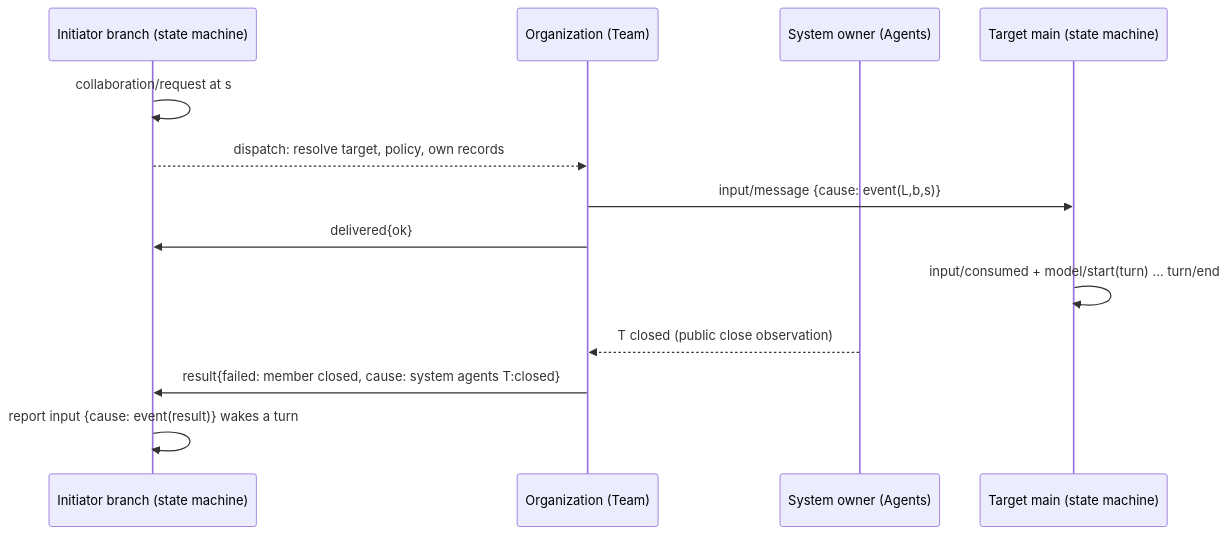
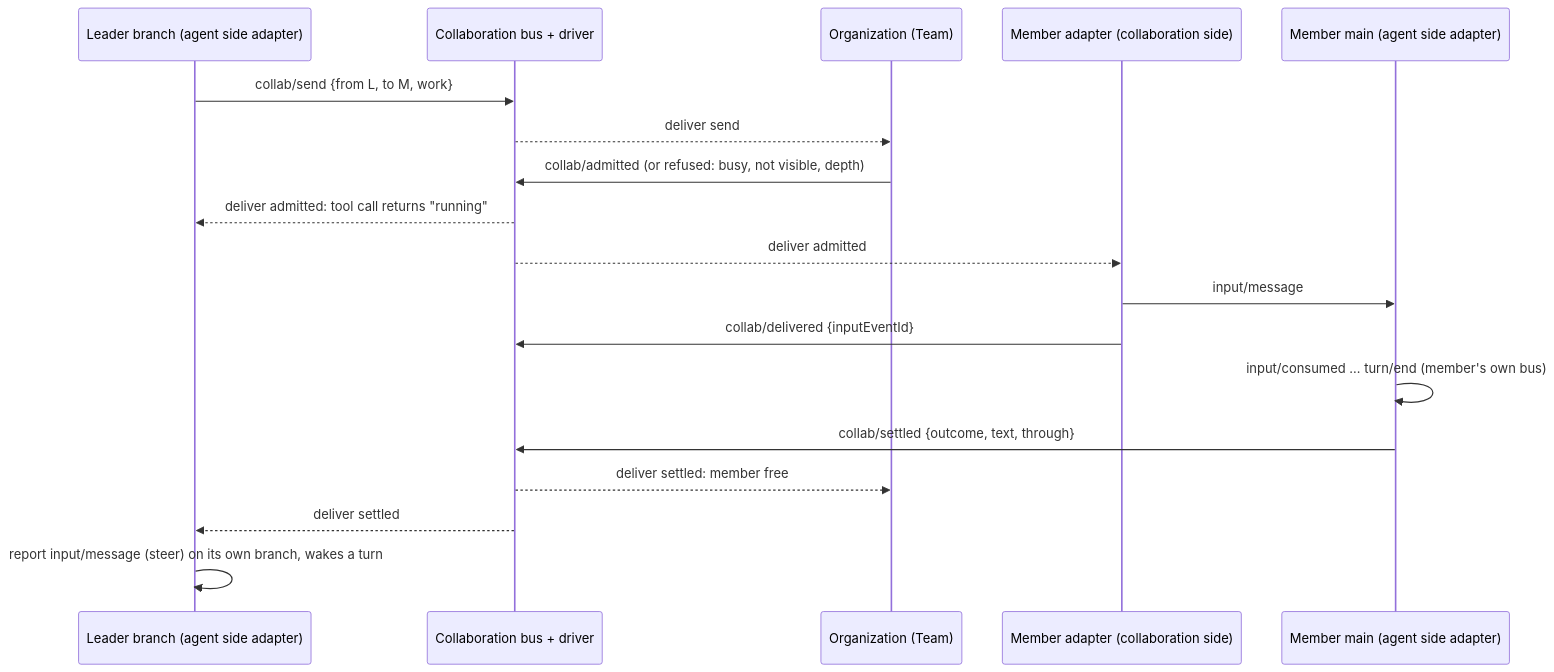
One commit to CoutinhoTTS/dim-agent changed the diagram in docs/design/collaboration-timeline.md. Above: the diagram before and after it, drawn with Mermaid. The commit also changed other lines of this file and 1 other file, not shown here.

Commit message:
docs(collaboration): drive collaboration on its own time bus

````diff
--- a/docs/design/collaboration-timeline.md
+++ b/docs/design/collaboration-timeline.md
@@ -247,15 +141,20 @@
 ```mermaid
 sequenceDiagram
-  participant LB as Initiator branch (state machine)
-  participant O as Organization (Team)
-  participant SYS as System owner (Agents)
-  participant T as Target main (state machine)
-  LB->>LB: collaboration/request at s
-  LB-->>O: dispatch: resolve target, policy, own records
-  O->>T: input/message {cause: event(L,b,s)}
-  O->>LB: delivered{ok}
-  T->>T: input/consumed + model/start(turn) … turn/end
-  SYS-->>O: T closed (public close observation)
-  O->>LB: result{failed: member closed, cause: system agents T:closed}
-  LB->>LB: report input {cause: event(result)} wakes a turn
+  participant LA as Leader branch (agent side adapter)
+  participant CB as Collaboration bus + driver
+  participant ORG as Organization (Team)
+  participant MC as Member adapter (collaboration side)
+  participant MB as Member main (agent side adapter)
+  LA->>CB: collab/send {from L, to M, work}
+  CB-->>ORG: deliver send
+  ORG->>CB: collab/admitted (or refused: busy, not visible, depth)
+  CB-->>LA: deliver admitted: tool call returns "running"
+  CB-->>MC: deliver admitted
+  MC->>MB: input/message
+  MC->>CB: collab/delivered {inputEventId}
+  MB->>MB: input/consumed … turn/end (member's own bus)
+  MB->>CB: collab/settled {outcome, text, through}
+  CB-->>ORG: deliver settled: member free
+  CB-->>LA: deliver settled
+  LA->>LA: report input/message (steer) on its own branch, wakes a turn
 ```
````
